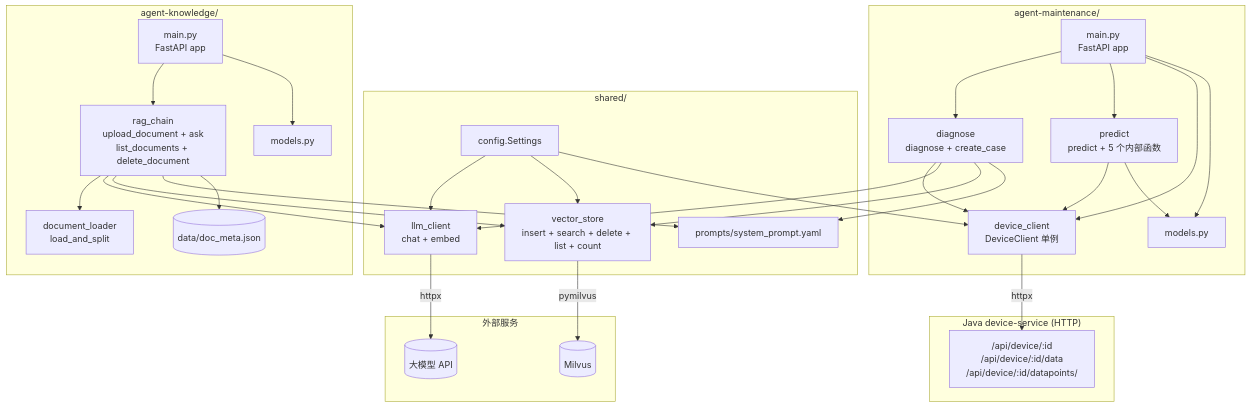
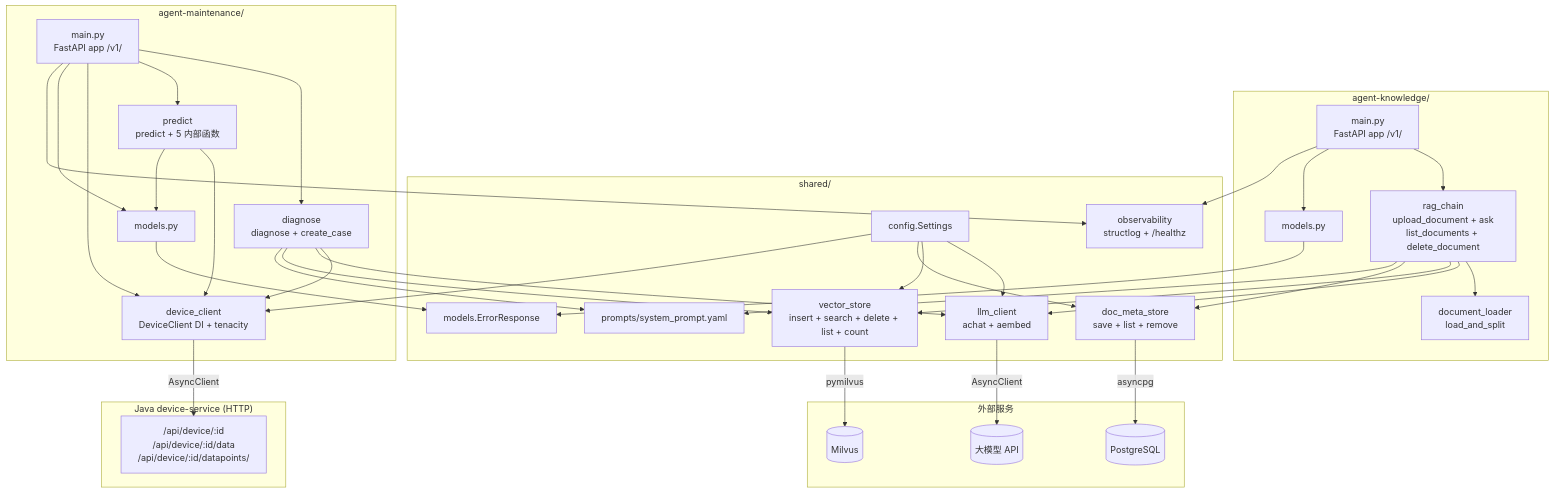
Before and after one commit to north30-dev/smt-agent-platform: the seventh of 8 diagrams in docs/explaination/project-explanation-phase2.md, drawn with Mermaid. The commit also changed other lines of this file and 2 other files, not shown here.

````diff
--- a/docs/explaination/project-explanation-phase2.md
+++ b/docs/explaination/project-explanation-phase2.md
@@ -583,61 +581,70 @@
 ```mermaid
 graph TB
-    subgraph 共享["shared/"]
-        Cfg[config.Settings]
-        LLM[llm_client<br/>chat + embed]
-        VS[vector_store<br/>insert + search + delete + list + count]
-        Prompt[prompts/system_prompt.yaml]
+    subgraph SharedMod["shared/"]
+        Cfg["config.Settings"]
+        LLM["llm_client<br/>achat + aembed"]
+        VS["vector_store<br/>insert + search + delete + list + count"]
+        DMS["doc_meta_store<br/>save + list + remove"]
+        Obs["observability<br/>structlog + /healthz"]
+        SModels["models.ErrorResponse"]
+        Prompt["prompts/system_prompt.yaml"]
     end
 
-    subgraph 知识["agent-knowledge/"]
-        AKMain[main.py<br/>FastAPI app]
-        RAG[rag_chain<br/>upload_document + ask<br/>list_documents + delete_document]
-        Loader[document_loader<br/>load_and_split]
-        AKModels[models.py]
-        AKMeta[(data/doc_meta.json)]
+    subgraph KnowledgeMod["agent-knowledge/"]
+        AKMain["main.py<br/>FastAPI app /v1/"]
+        RAG["rag_chain<br/>upload_document + ask<br/>list_documents + delete_document"]
+        Loader["document_loader<br/>load_and_split"]
+        AKModels["models.py"]
     end
 
-    subgraph 运维["agent-maintenance/"]
-        AMMain[main.py<br/>FastAPI app]
-        DC[device_client<br/>DeviceClient 单例]
-        Diag[diagnose<br/>diagnose + create_case]
-        Pred[predict<br/>predict + 5 个内部函数]
-        AMModels[models.py]
+    subgraph MaintenanceMod["agent-maintenance/"]
+        AMMain["main.py<br/>FastAPI app /v1/"]
+        DC["device_client<br/>DeviceClient DI + tenacity"]
+        Diag["diagnose<br/>diagnose + create_case"]
+        Pred["predict<br/>predict + 5 内部函数"]
+        AMModels["models.py"]
     end
 
-    subgraph Java["Java device-service (HTTP)"]
+    subgraph JavaSvc["Java device-service (HTTP)"]
         DS["/api/device/:id<br/>/api/device/:id/data<br/>/api/device/:id/datapoints/"]
     end
 
-    subgraph 外部["外部服务"]
-        LLM_API[(大模型 API)]
-        Mil[(Milvus)]
+    subgraph External["外部服务"]
+        LLM_API[("大模型 API")]
+        Mil[("Milvus")]
+        PG[("PostgreSQL")]
     end
 
     AKMain --> RAG
     AKMain --> AKModels
+    AKMain --> Obs
     RAG --> Loader
     RAG --> LLM
     RAG --> VS
+    RAG --> DMS
     RAG --> Prompt
-    RAG --> AKMeta
 
     AMMain --> Diag
     AMMain --> Pred
     AMMain --> DC
     AMMain --> AMModels
+    AMMain --> Obs
     Diag --> DC
     Diag --> LLM
     Diag --> VS
     Diag --> Prompt
     Pred --> DC
     Pred --> AMModels
 
-    DC -->|httpx| DS
+    DC -->|"AsyncClient"| DS
 
-    LLM -->|httpx| LLM_API
+    LLM -->|"AsyncClient"| LLM_API
     VS -->|pymilvus| Mil
+    DMS -->|asyncpg| PG
     Cfg --> LLM
     Cfg --> VS
+    Cfg --> DMS
     Cfg --> DC
+    AKModels --> SModels
+    AMModels --> SModels
 ```
````
